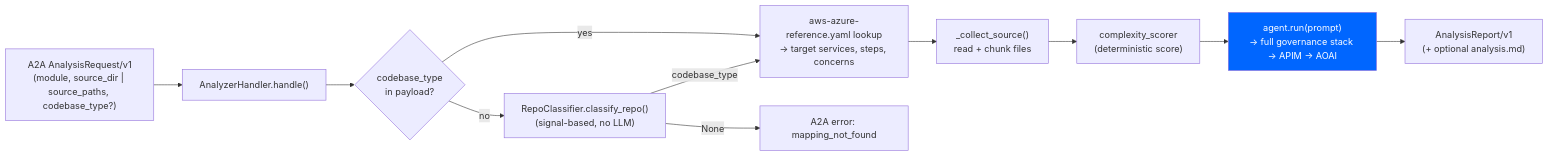
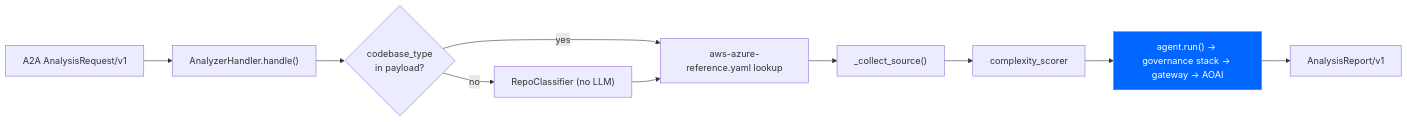
The eighth of 9 diagrams in docs/architecture.md (rlpatrao/agent-gov-sec), drawn with Mermaid before and after one commit. The commit also changed other lines of this file and 42 other files, not shown here.

````diff
--- a/docs/architecture.md
+++ b/docs/architecture.md
@@ -415,17 +411,14 @@
 ```mermaid
 flowchart LR
-  Req["A2A AnalysisRequest/v1\n(module, source_dir | source_paths, codebase_type?)"]
-  Req --> H["AnalyzerHandler.handle()"]
+  Req["A2A AnalysisRequest/v1"] --> H["AnalyzerHandler.handle()"]
   H --> RC{"codebase_type\nin payload?"}
-  RC -->|no| Cls["RepoClassifier.classify_repo()\n(signal-based, no LLM)"]
+  RC -->|no| Cls["RepoClassifier (no LLM)"]
   RC -->|yes| Map
-  Cls -->|"codebase_type"| Map["aws-azure-reference.yaml lookup\n→ target services, steps, concerns"]
-  Cls -->|"None"| Err["A2A error: mapping_not_found"]
-  Map --> Src["_collect_source()\nread + chunk files"]
-  Src --> Cx["complexity_scorer\n(deterministic score)"]
-  Cx --> LLM["agent.run(prompt)\n→ full governance stack → APIM → AOAI"]
-  LLM --> Rep["AnalysisReport/v1\n(+ optional analysis.md)"]
-
+  Cls --> Map["aws-azure-reference.yaml lookup"]
+  Map --> Src["_collect_source()"]
+  Src --> Cx["complexity_scorer"]
+  Cx --> LLM["agent.run() → governance stack → gateway → AOAI"]
+  LLM --> Rep["AnalysisReport/v1"]
   classDef azure fill:#06f,color:#fff
   class LLM azure
 ```
````
